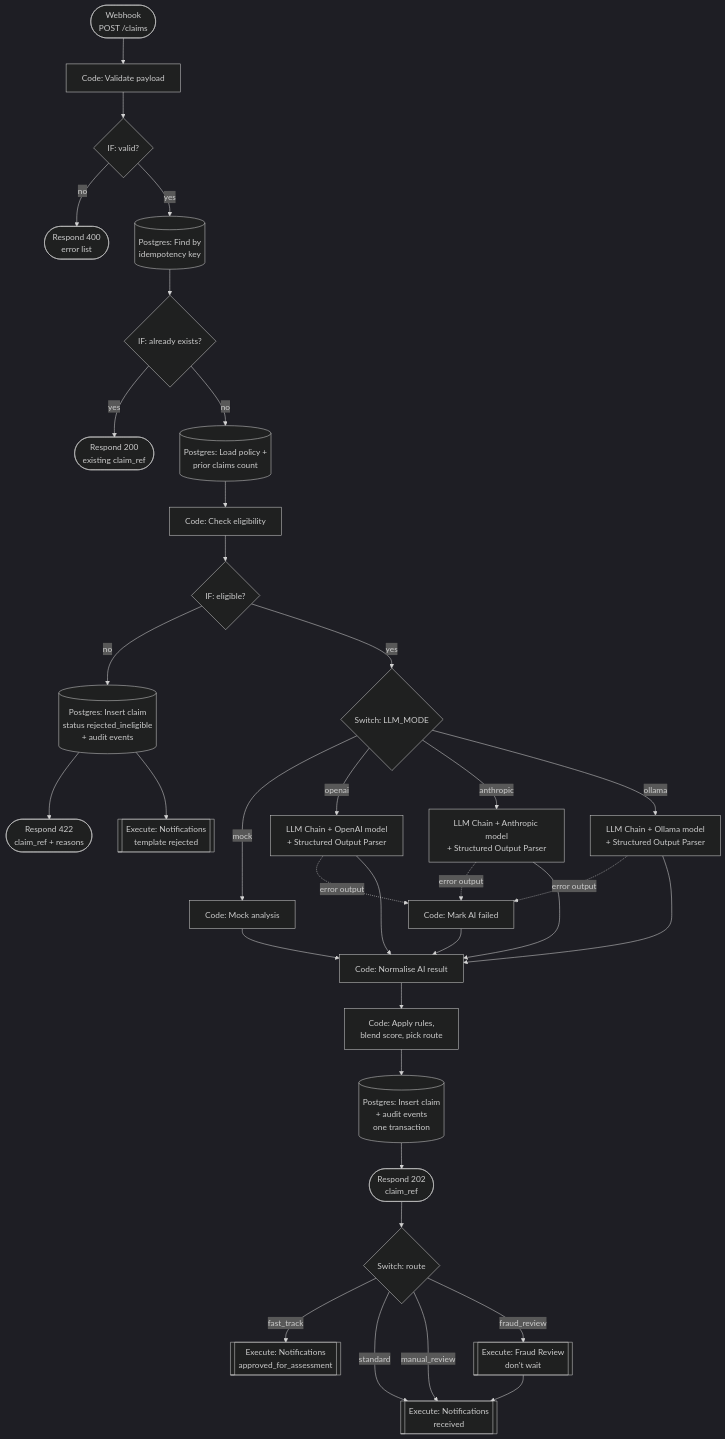
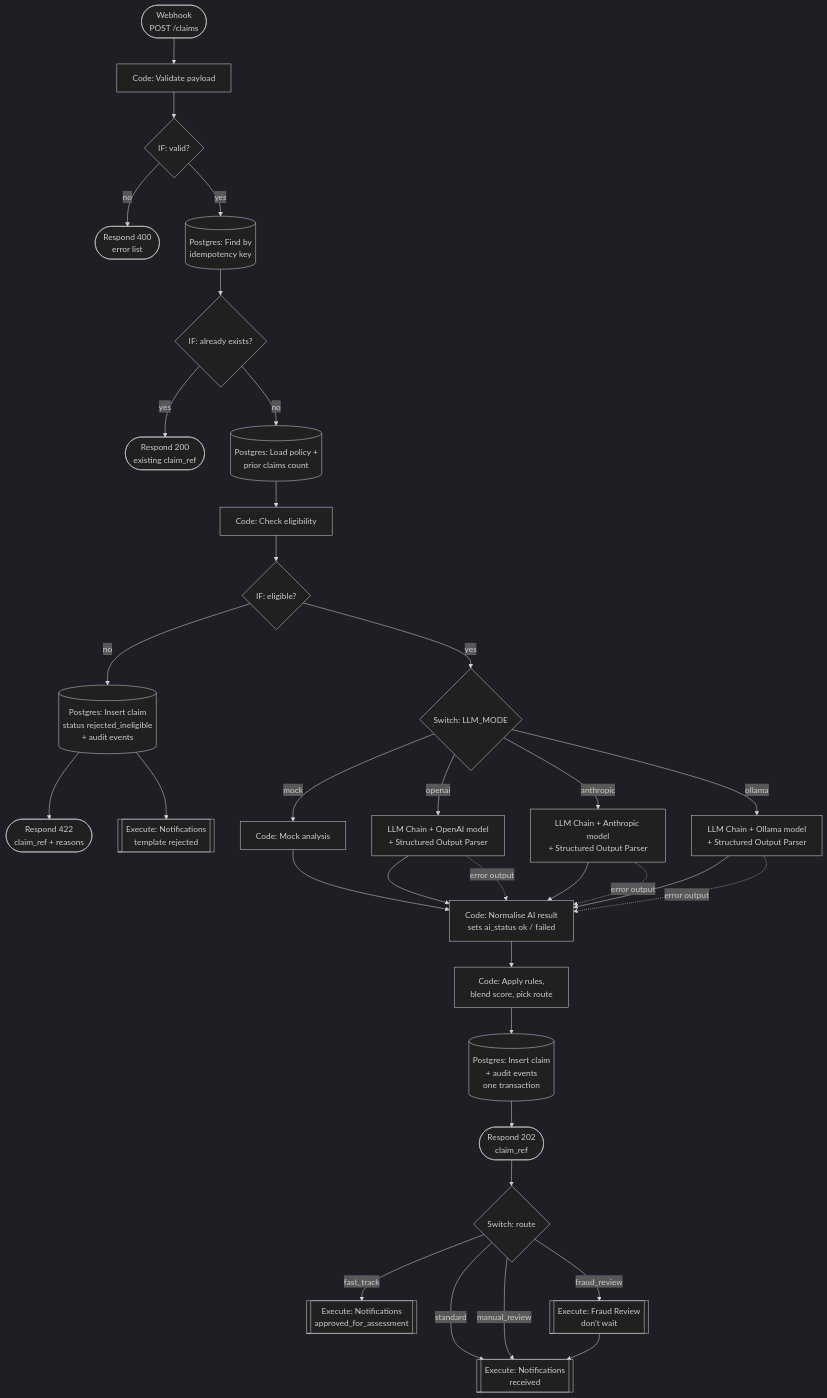
One commit to CDS2210/n8n-claimflow changed the diagram in docs/workflows/01-claims-intake.md. Above: the diagram before and after it, drawn with Mermaid (dark theme). The commit also changed other lines of this file and 2 other files, not shown here.

````diff
--- a/docs/workflows/01-claims-intake.md
+++ b/docs/workflows/01-claims-intake.md
@@ -8,37 +8,36 @@
 ```mermaid
 flowchart TD
     A([Webhook<br/>POST /claims]) --> B[Code: Validate payload]
     B --> C{IF: valid?}
     C -- no --> R400([Respond 400<br/>error list])
     C -- yes --> D[(Postgres: Find by<br/>idempotency key)]
     D --> E{IF: already exists?}
     E -- yes --> R200([Respond 200<br/>existing claim_ref])
     E -- no --> F[(Postgres: Load policy +<br/>prior claims count)]
     F --> G[Code: Check eligibility]
     G --> H{IF: eligible?}
     H -- no --> I[(Postgres: Insert claim<br/>status rejected_ineligible<br/>+ audit events)]
     I --> R422([Respond 422<br/>claim_ref + reasons])
     I --> N0[[Execute: Notifications<br/>template rejected]]
     H -- yes --> S{Switch: LLM_MODE}
     S -- mock --> M[Code: Mock analysis]
     S -- openai --> O[LLM Chain + OpenAI model<br/>+ Structured Output Parser]
     S -- anthropic --> AN[LLM Chain + Anthropic model<br/>+ Structured Output Parser]
     S -- ollama --> OL[LLM Chain + Ollama model<br/>+ Structured Output Parser]
-    O -. error output .-> X[Code: Mark AI failed]
-    AN -. error output .-> X
-    OL -. error output .-> X
-    M --> NA[Code: Normalise AI result]
+    M --> NA[Code: Normalise AI result<br/>sets ai_status ok / failed]
     O --> NA
     AN --> NA
     OL --> NA
-    X --> NA
+    O -. error output .-> NA
+    AN -. error output .-> NA
+    OL -. error output .-> NA
     NA --> RU[Code: Apply rules,<br/>blend score, pick route]
     RU --> INS[(Postgres: Insert claim<br/>+ audit events<br/>one transaction)]
     INS --> R202([Respond 202<br/>claim_ref])
     R202 --> RT{Switch: route}
     RT -- fast_track --> N1[[Execute: Notifications<br/>approved_for_assessment]]
     RT -- standard --> N2[[Execute: Notifications<br/>received]]
     RT -- manual_review --> N2
     RT -- fraud_review --> FR[[Execute: Fraud Review<br/>don't wait]]
     FR --> N2
 ```
````
